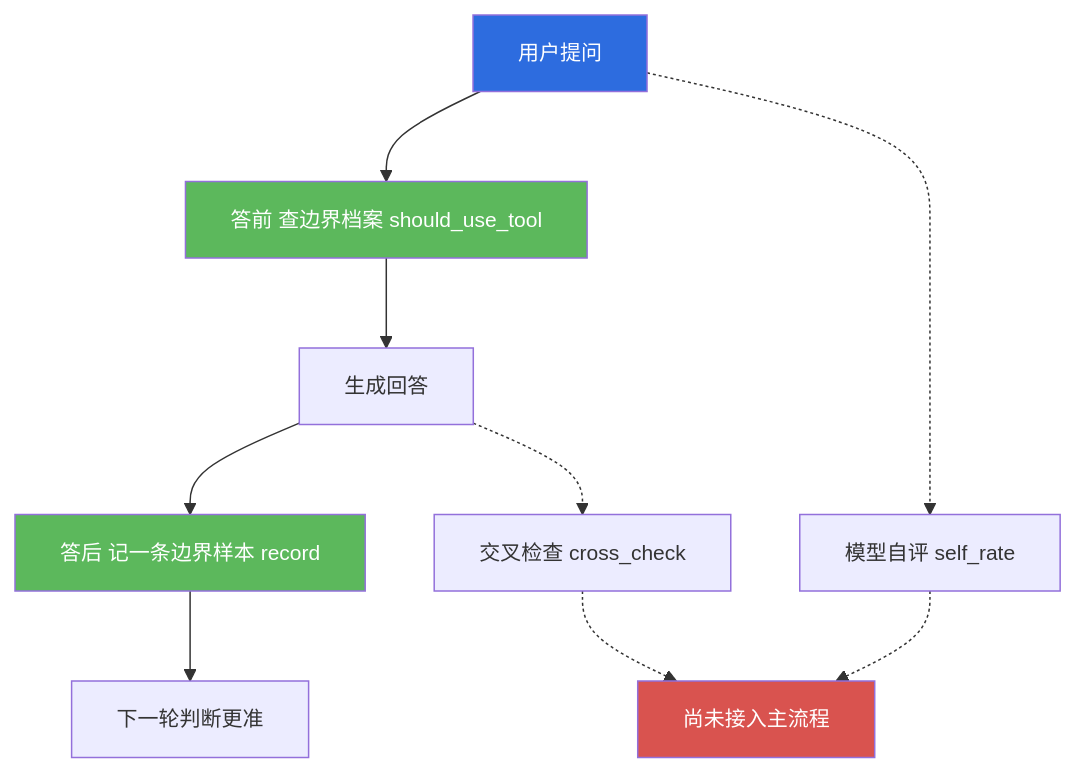
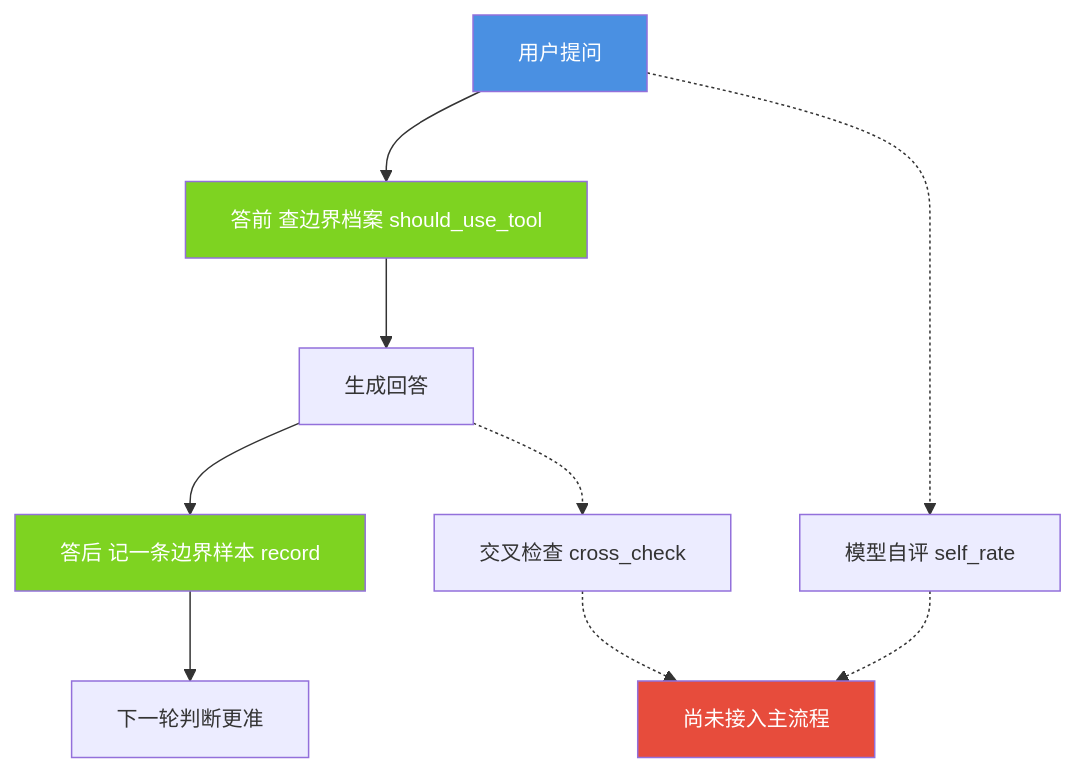
One commit to jiangchuangege/xiaojiao-harnees changed the first of 4 diagrams in docs/modules/08-metacognition.md. Above: the diagram before and after it, drawn with Mermaid. The commit also changed other lines of this file and 32 other files, not shown here.

Commit message:
统一：全仓原理图配色到一套调色板 + 给 12 张灰图补色 + 修正自己会睡那张过期图

````diff
--- a/docs/modules/08-metacognition.md
+++ b/docs/modules/08-metacognition.md
@@ -69,17 +69,17 @@
 ```mermaid
 %%{init: {"themeVariables": {"fontSize": "14px"}, "flowchart": {"htmlLabels": true, "wrappingWidth": 320, "nodeSpacing": 46, "rankSpacing": 60, "useMaxWidth": true}}}%%
 flowchart TB
     Q["用户提问"] --> B1["答前 查边界档案 should_use_tool"]
     B1 --> G["生成回答"]
     G --> B2["答后 记一条边界样本 record"]
     B2 --> N["下一轮判断更准"]
     Q -.-> S1["模型自评 self_rate"]
     G -.-> S2["交叉检查 cross_check"]
     S1 -.-> NL["尚未接入主流程"]
     S2 -.-> NL
 
-    style B1 fill:#5cb85c,color:#fff
-    style B2 fill:#5cb85c,color:#fff
-    style NL fill:#d9534f,color:#fff
-    style Q fill:#2d6cdf,color:#fff
+    style B1 fill:#7ED321,color:#fff
+    style B2 fill:#7ED321,color:#fff
+    style NL fill:#E74C3C,color:#fff
+    style Q fill:#4A90E2,color:#fff
 ```
````
